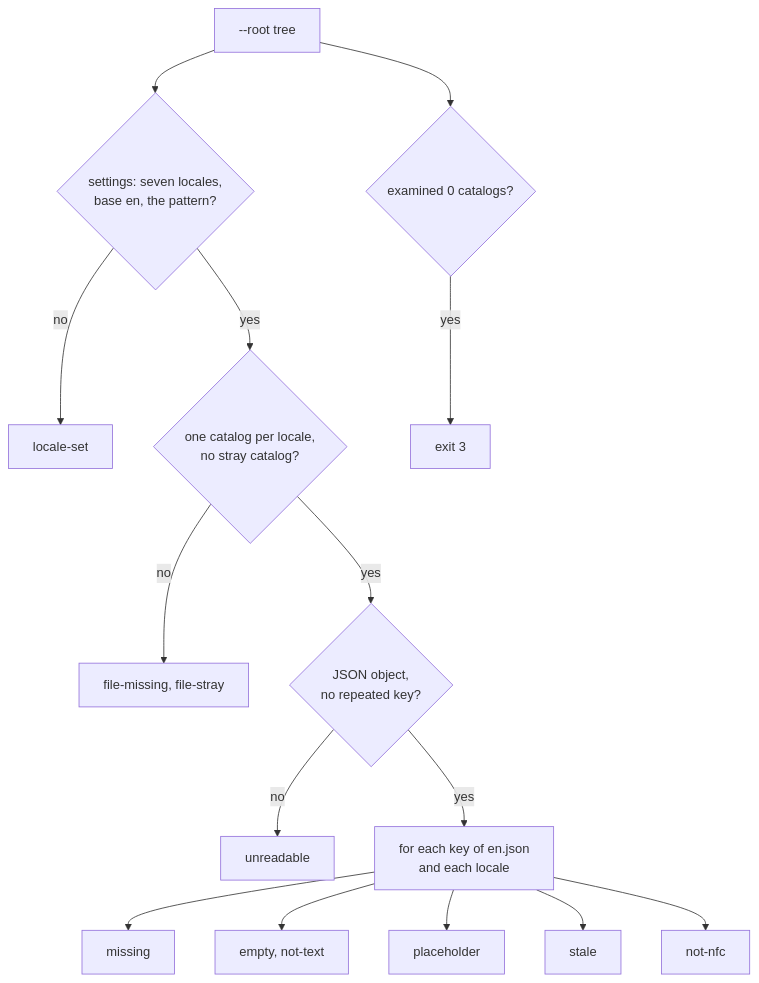
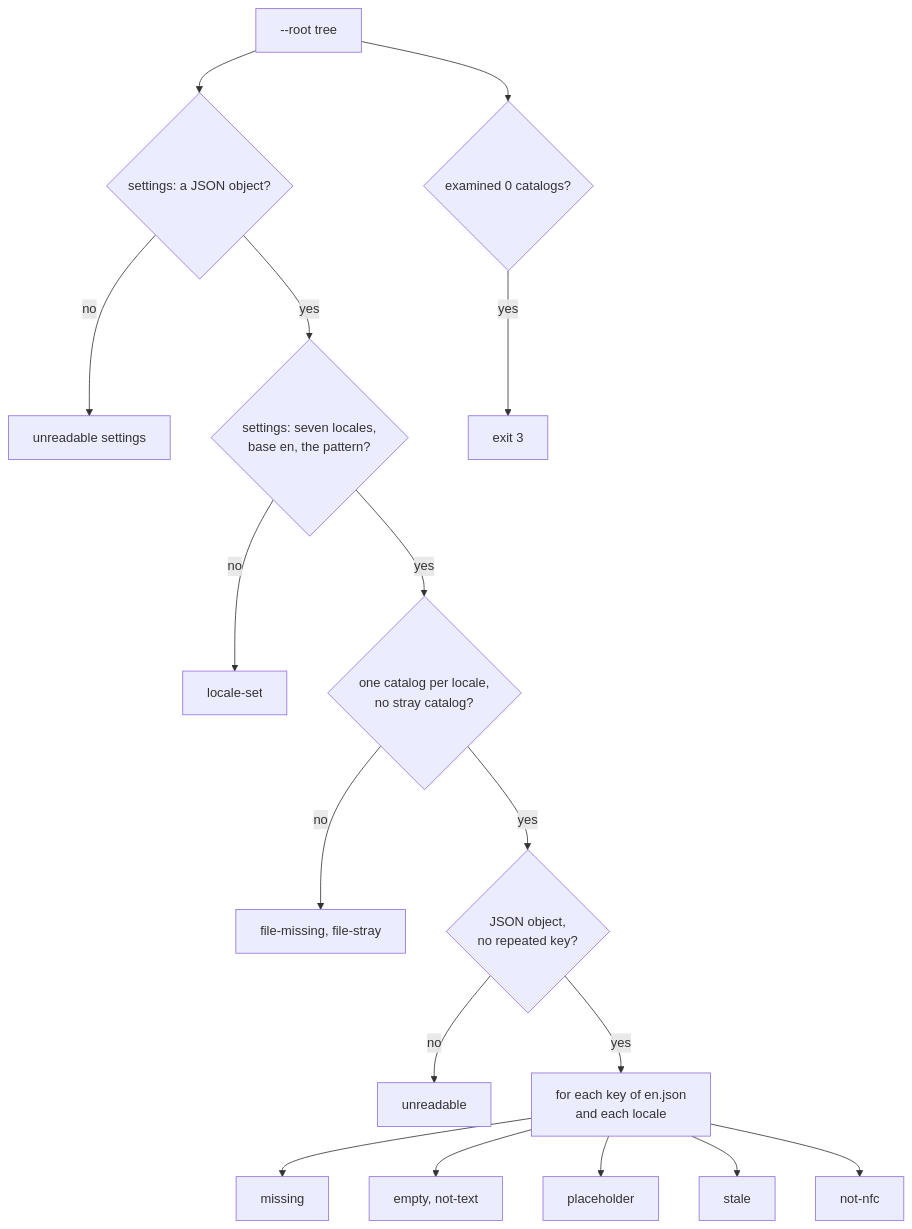
The second of 2 diagrams in docs/schematics/the-web-apps-seven-message-catalogs-and-the-census-that-holds-them-whole.md (RexRenatus/deck-streak), drawn with Mermaid before and after one commit. The commit also changed other lines of this file and 3 other files, not shown here.

Commit message:
docs(web): SPEC-571 refuses an unreadable settings file

````diff
--- a/docs/schematics/the-web-apps-seven-message-catalogs-and-the-census-that-holds-them-whole.md
+++ b/docs/schematics/the-web-apps-seven-message-catalogs-and-the-census-that-holds-them-whole.md
@@ -56,17 +56,19 @@
 ```mermaid
 flowchart TB
-  start["--root tree"] --> s{"settings: seven locales,<br/>base en, the pattern?"}
+  start["--root tree"] --> rs{"settings: a JSON object?"}
+  rs -->|no| f0["unreadable settings"]
+  rs -->|yes| s{"settings: seven locales,<br/>base en, the pattern?"}
   s -->|no| f1["locale-set"]
   s -->|yes| files{"one catalog per locale,<br/>no stray catalog?"}
   files -->|no| f2["file-missing, file-stray"]
   files -->|yes| parse{"JSON object,<br/>no repeated key?"}
   parse -->|no| f3["unreadable"]
   parse -->|yes| keys["for each key of en.json<br/>and each locale"]
   keys --> m["missing"]
   keys --> e["empty, not-text"]
   keys --> p["placeholder"]
   keys --> st["stale"]
   keys --> n["not-nfc"]
   start --> v{"examined 0 catalogs?"}
   v -->|yes| void["exit 3"]
 ```
````
